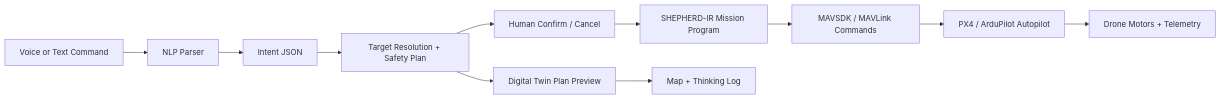
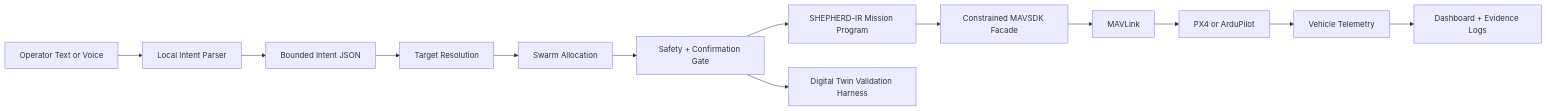
One commit to cyberuniversal/shepherd-ai changed the diagram in README.md. Above: the diagram before and after it, drawn with Mermaid. The commit also changed other lines of this file and 12 other files, not shown here.

````diff
--- a/README.md
+++ b/README.md
@@ -7,13 +11,15 @@
 ```mermaid
 flowchart LR
-  A[Voice or Text Command] --> B[NLP Parser]
-  B --> C[Intent JSON]
-  C --> D[Target Resolution + Safety Plan]
-  D --> E[Human Confirm / Cancel]
-  E --> F[SHEPHERD-IR Mission Program]
-  F --> G[MAVSDK / MAVLink Commands]
-  G --> H[PX4 / ArduPilot Autopilot]
-  H --> I[Drone Motors + Telemetry]
-  D --> J[Digital Twin Plan Preview]
-  J --> K[Map + Thinking Log]
+  A[Operator Text or Voice] --> B[Local Intent Parser]
+  B --> C[Bounded Intent JSON]
+  C --> D[Target Resolution]
+  D --> E[Swarm Allocation]
+  E --> F[Safety + Confirmation Gate]
+  F --> G[SHEPHERD-IR Mission Program]
+  G --> H[Constrained MAVSDK Facade]
+  H --> I[MAVLink]
+  I --> J[PX4 or ArduPilot]
+  J --> K[Vehicle Telemetry]
+  K --> L[Dashboard + Evidence Logs]
+  F --> M[Digital Twin Validation Harness]
 ```
````
